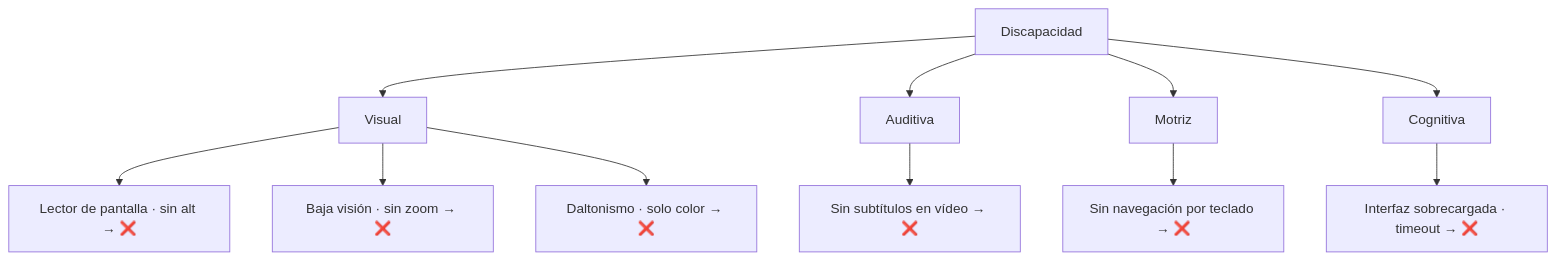
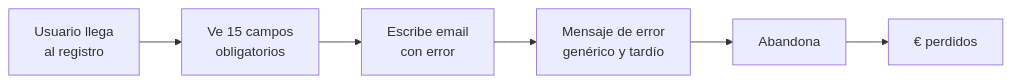
The first of 5 diagrams in unidad-12.md (Jose-Quesada/presentacion-desarrollo-interfaces-26-27), drawn with Mermaid before and after one commit. The commit also changed other lines of this file and 52 other files, not shown here.

````diff
--- a/unidad-12.md
+++ b/unidad-12.md
@@ -49,13 +32,8 @@
-<div class="mermaid">
-graph TD
-    A[Discapacidad] --> B[Visual]
-    A --> C[Auditiva]
-    A --> D[Motriz]
-    A --> E[Cognitiva]
-    B --> B1[Lector de pantalla · sin alt → ❌]
-    B --> B2[Baja visión · sin zoom → ❌]
-    B --> B3[Daltonismo · solo color → ❌]
-    C --> C1[Sin subtítulos en vídeo → ❌]
-    D --> D1[Sin navegación por teclado → ❌]
-    E --> E1[Interfaz sobrecargada · timeout → ❌]
-</div>
+```mermaid
+graph LR
+    A[Usuario llega<br/>al registro] --> B[Ve 15 campos<br/>obligatorios]
+    B --> C[Escribe email<br/>con error]
+    C --> D[Mensaje de error<br/>genérico y tardío]
+    D --> E[Abandona]
+    E --> F[€ perdidos]
+```
````
